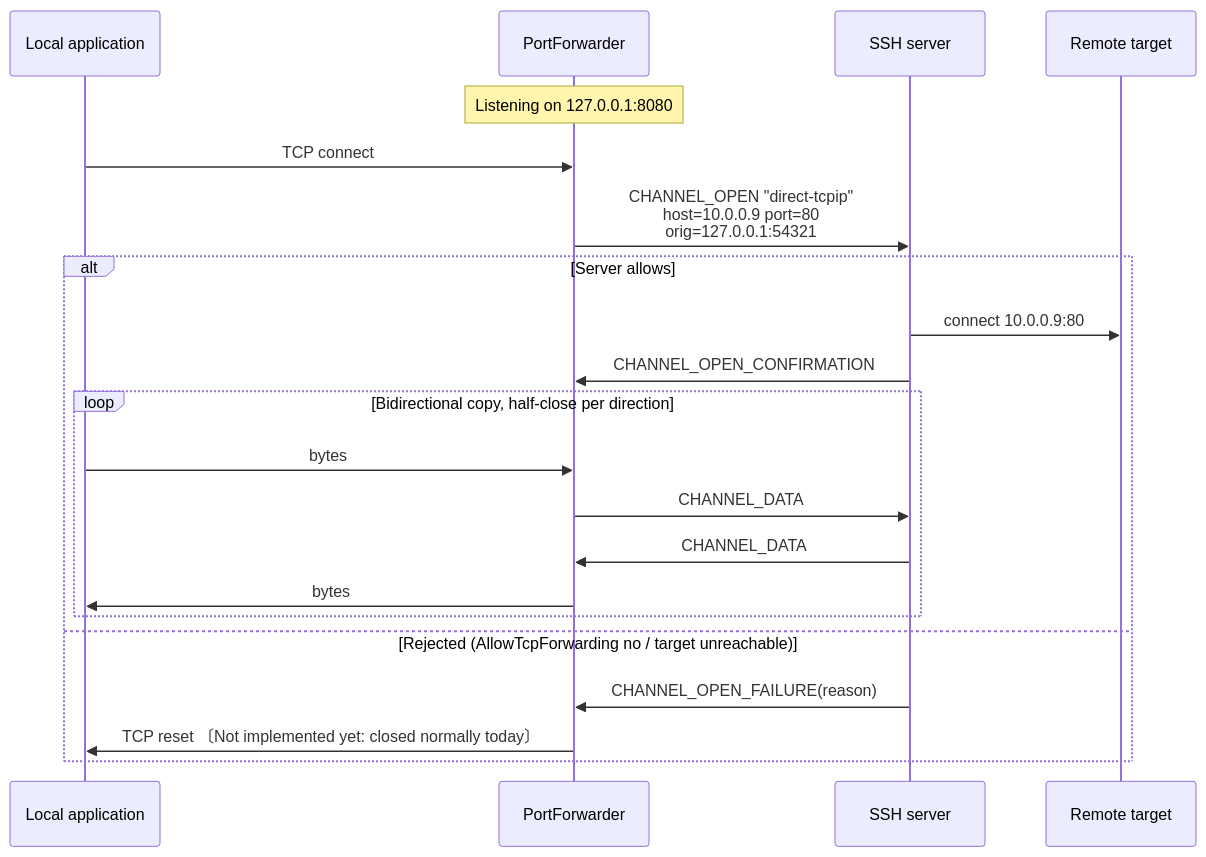
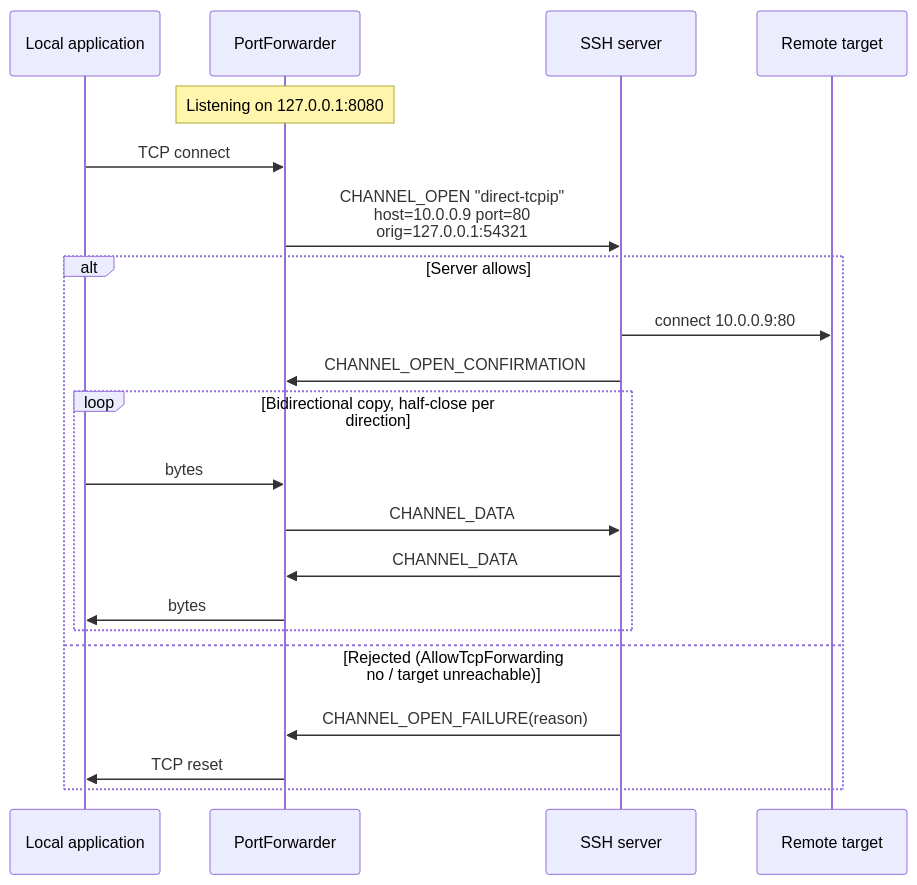
Before and after one commit to VelaShellLabs/velashell-docs: the first of 3 diagrams in en/ssh/spec/07-forwarding.md, drawn with Mermaid. The commit also changed other lines of this file and 1 other file, not shown here.

````diff
--- a/en/ssh/spec/07-forwarding.md
+++ b/en/ssh/spec/07-forwarding.md
@@ -31,24 +31,24 @@
 ```mermaid
 sequenceDiagram
     participant App as Local application
     participant F as PortForwarder
     participant S as SSH server
     participant T as Remote target
 
     Note over F: Listening on 127.0.0.1:8080
     App->>F: TCP connect
     F->>S: CHANNEL_OPEN "direct-tcpip"<br/>host=10.0.0.9 port=80<br/>orig=127.0.0.1:54321
     alt Server allows
         S->>T: connect 10.0.0.9:80
         S->>F: CHANNEL_OPEN_CONFIRMATION
         loop Bidirectional copy, half-close per direction
             App->>F: bytes
             F->>S: CHANNEL_DATA
             S->>F: CHANNEL_DATA
             F->>App: bytes
         end
     else Rejected (AllowTcpForwarding no / target unreachable)
         S->>F: CHANNEL_OPEN_FAILURE(reason)
-        F->>App: TCP reset 〔Not implemented yet: closed normally today〕
+        F->>App: TCP reset
     end
 ```
````
